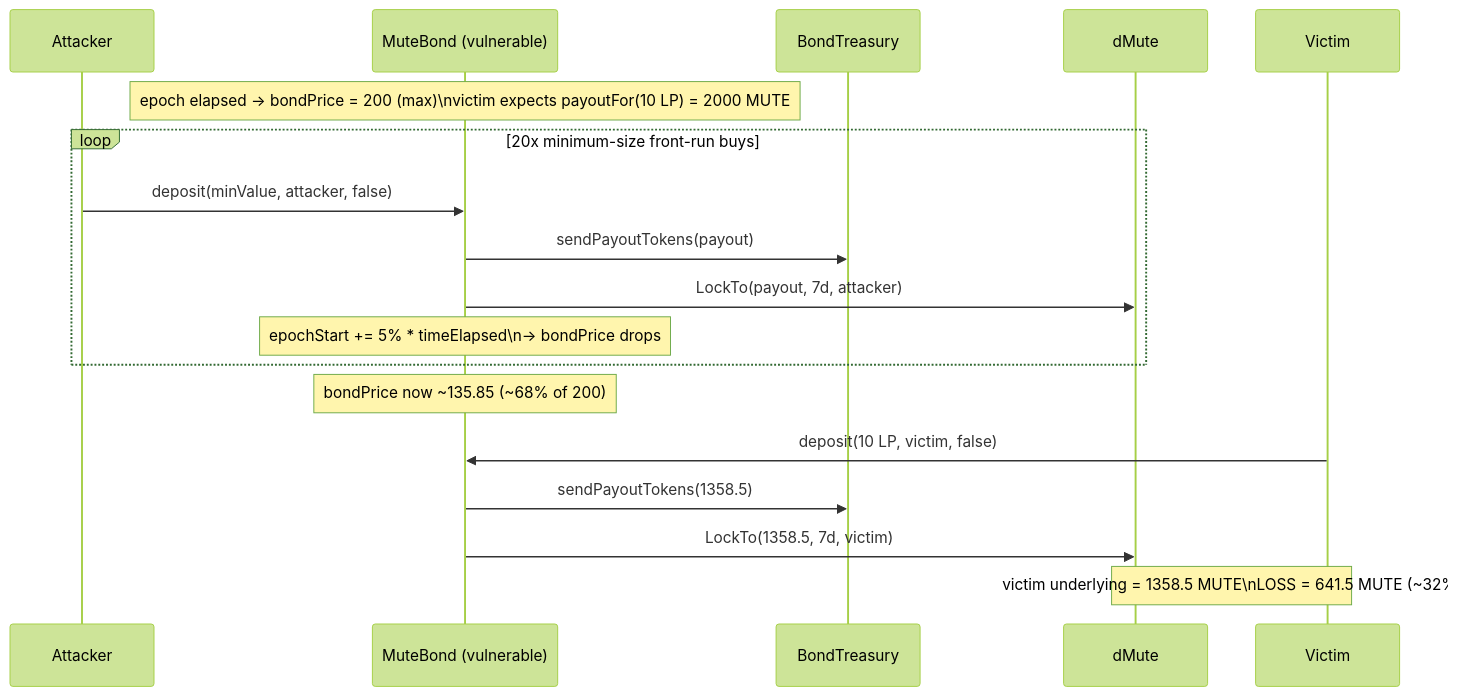
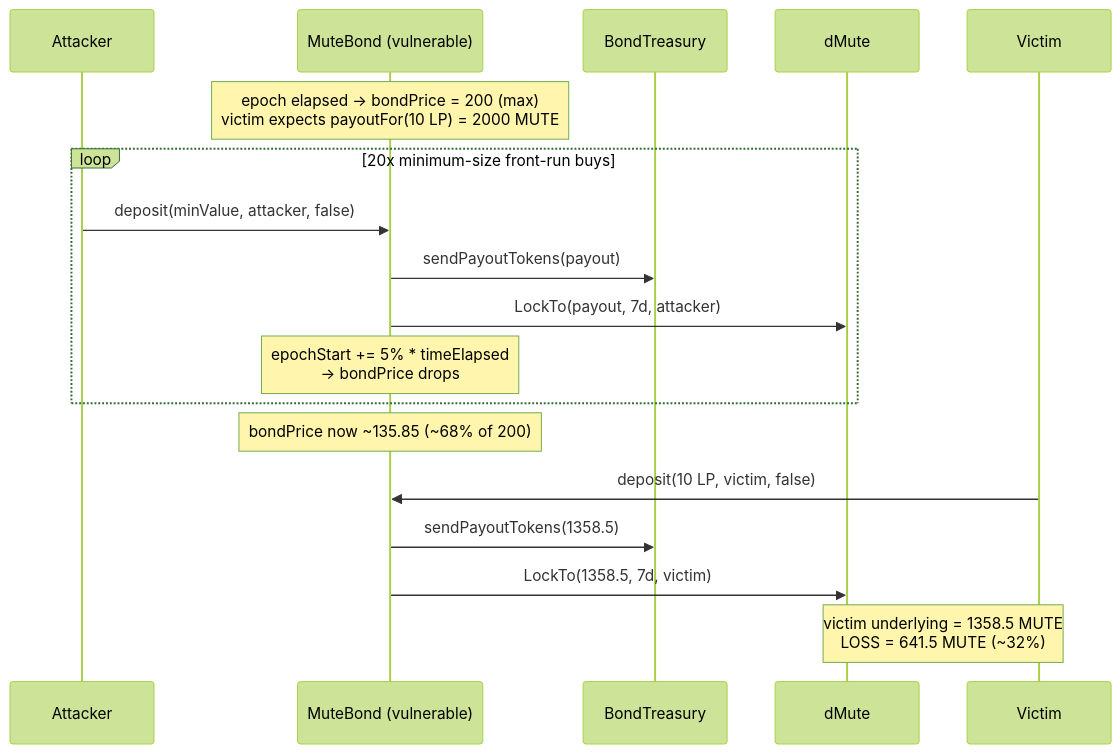
One commit to sanbir/evm-hack-registry changed the diagram in 16039-h-02-attacker-can-front-run-bond-buyer-and-make-them-buy-it_exp/16039-h-02-attacker-can-front-run-bond-buyer-and-make-them-buy-it_exp.md. Above: the diagram before and after it, drawn with Mermaid (forest theme). The commit also changed 23 other files, not shown here.

````diff
--- a/16039-h-02-attacker-can-front-run-bond-buyer-and-make-them-buy-it_exp/16039-h-02-attacker-can-front-run-bond-buyer-and-make-them-buy-it_exp.md
+++ b/16039-h-02-attacker-can-front-run-bond-buyer-and-make-them-buy-it_exp/16039-h-02-attacker-can-front-run-bond-buyer-and-make-them-buy-it_exp.md
@@ -76,20 +76,20 @@
 ```mermaid
 sequenceDiagram
     participant A as Attacker
     participant B as MuteBond (vulnerable)
     participant T as BondTreasury
     participant D as dMute
     participant V as Victim
-    Note over B: epoch elapsed -> bondPrice = 200 (max)\nvictim expects payoutFor(10 LP) = 2000 MUTE
+    Note over B: epoch elapsed -> bondPrice = 200 (max)<br/>victim expects payoutFor(10 LP) = 2000 MUTE
     loop 20x minimum-size front-run buys
         A->>B: deposit(minValue, attacker, false)
         B->>T: sendPayoutTokens(payout)
         B->>D: LockTo(payout, 7d, attacker)
-        Note over B: epochStart += 5% * timeElapsed\n-> bondPrice drops
+        Note over B: epochStart += 5% * timeElapsed<br/>-> bondPrice drops
     end
     Note over B: bondPrice now ~135.85 (~68% of 200)
     V->>B: deposit(10 LP, victim, false)
     B->>T: sendPayoutTokens(1358.5)
     B->>D: LockTo(1358.5, 7d, victim)
-    Note over V,D: victim underlying = 1358.5 MUTE\nLOSS = 641.5 MUTE (~32%)
+    Note over V,D: victim underlying = 1358.5 MUTE<br/>LOSS = 641.5 MUTE (~32%)
 ```
````
